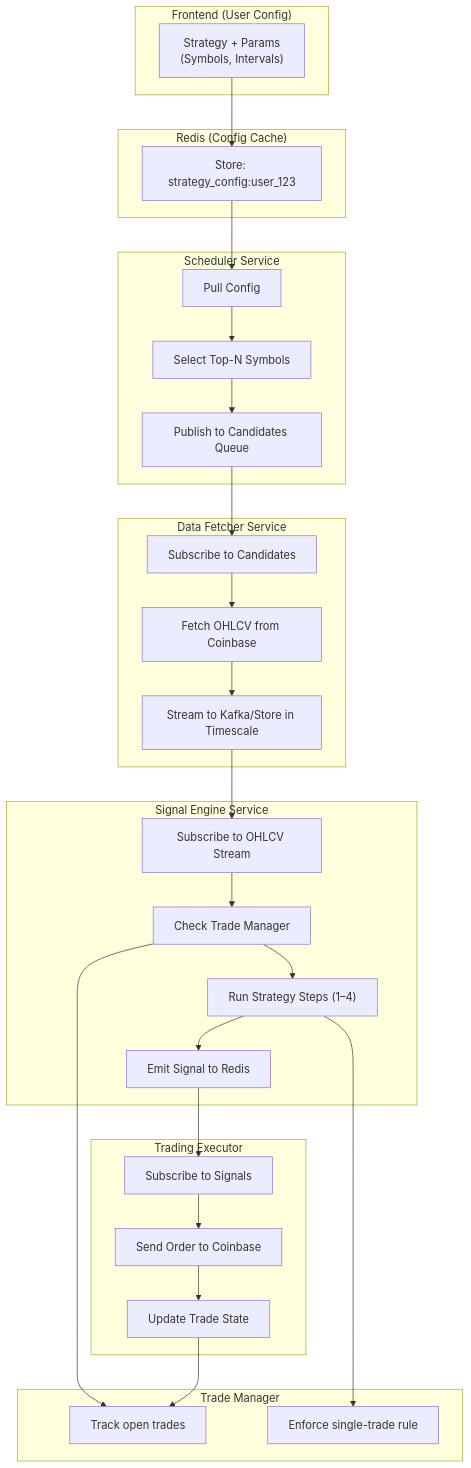
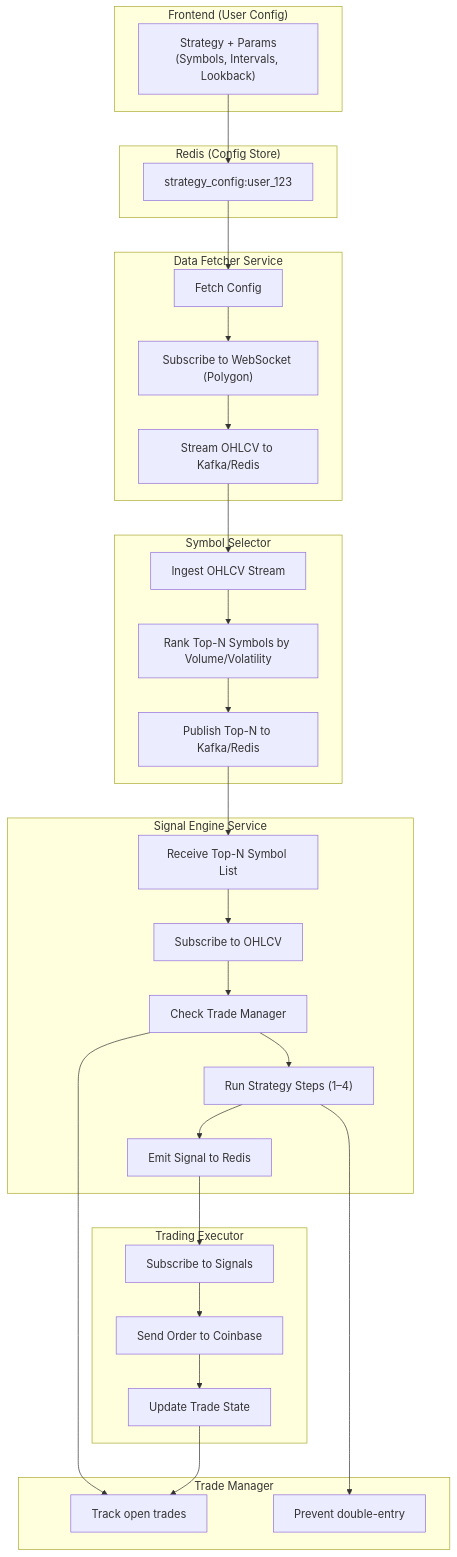
One commit to yiukitCheung/trading-framework changed the diagram in README.md. Above: the diagram before and after it, drawn with Mermaid. The commit also changed other lines of this file and 15 other files, not shown here.

Commit message:
added kafka and polygon services

````diff
--- a/README.md
+++ b/README.md
@@ -21,52 +20,51 @@
 ```mermaid
 flowchart TD
     subgraph UI["Frontend (User Config)"]
-        A1["Strategy + Params 
-        (Symbols, Intervals)"]
+        A1["Strategy + Params\n(Symbols, Intervals, Lookback)"]
     end
 
-    subgraph Redis["Redis (Config Cache)"]
-        A2["Store: strategy_config:user_123"]
-    end
-
-    subgraph Scheduler["Scheduler Service"]
-        B1["Pull Config"]
-        B2["Select Top-N Symbols"]
-        B3["Publish to Candidates Queue"]
+    subgraph Redis["Redis (Config Store)"]
+        A2["strategy_config:user_123"]
     end
 
     subgraph DataFetcher["Data Fetcher Service"]
-        C1["Subscribe to Candidates"]
-        C2["Fetch OHLCV from Coinbase"]
-        C3["Stream to Kafka/Store in Timescale"]
+        B1["Fetch Config"]
+        B2["Subscribe to WebSocket (Polygon)"]
+        B3["Stream OHLCV to Kafka/Redis"]
+    end
+
+    subgraph SymbolSelector["Symbol Selector"]
+        C1["Ingest OHLCV Stream"]
+        C2["Rank Top-N Symbols by Volume/Volatility"]
+        C3["Publish Top-N to Kafka/Redis"]
     end
 
     subgraph SignalEngine["Signal Engine Service"]
-        D1["Subscribe to OHLCV Stream"]
-        D2["Check Trade Manager"]
-        D3["Run Strategy Steps (1–4)"]
-        D4["Emit Signal to Redis"]
+        D1["Subscribe to OHLCV"]
+        D2["Receive Top-N Symbol List"]
+        D3["Check Trade Manager"]
+        D4["Run Strategy Steps (1–4)"]
+        D5["Emit Signal to Redis"]
     end
 
     subgraph TradeManager["Trade Manager"]
         E1["Track open trades"]
-        E2["Enforce single-trade rule"]
+        E2["Prevent double-entry"]
     end
 
     subgraph TradingExecutor["Trading Executor"]
         F1["Subscribe to Signals"]
         F2["Send Order to Coinbase"]
         F3["Update Trade State"]
     end
 
     A1 --> A2
     A2 --> B1
     B1 --> B2 --> B3
     B3 --> C1 --> C2 --> C3
-    C3 --> D1
-    D1 --> D2 --> D3 --> D4
-    D2 --> E1
-    D3 --> E2
-    D4 --> F1 --> F2 --> F3 --> E1
-
+    C3 --> D2
+    D2 --> D1 --> D3 --> D4 --> D5
+    D3 --> E1
+    D4 --> E2
+    D5 --> F1 --> F2 --> F3 --> E1
 ```
````
